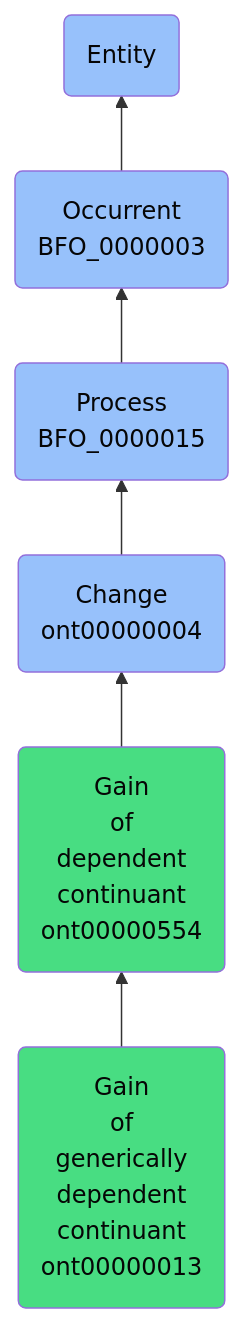
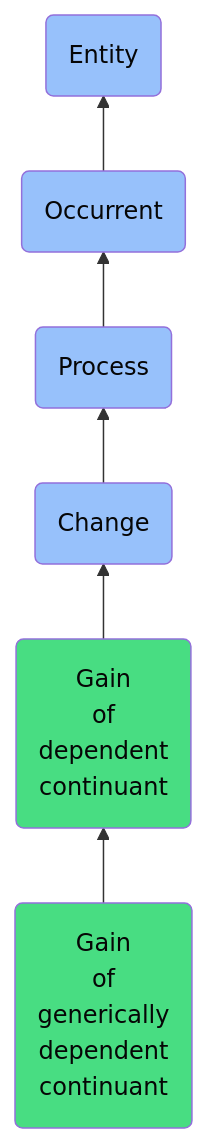
The diagram in docs/ontology/reference/model/Entity/Occurrent/Process/Change/Gain of dependent continuant/Gain of generically dependent continuant/Gain of generically dependent continuant.md (jupyter-naas/abi), drawn with Mermaid before and after one commit. The commit also changed other lines of this file and 1430 other files, not shown here.

````diff
--- a/docs/ontology/reference/model/Entity/Occurrent/Process/Change/Gain of dependent continuant/Gain of generically dependent continuant/Gain of generically dependent continuant.md
+++ b/docs/ontology/reference/model/Entity/Occurrent/Process/Change/Gain of dependent continuant/Gain of generically dependent continuant/Gain of generically dependent continuant.md
@@ -24,13 +24,13 @@
 ```mermaid
 graph BT
-    ont00000013(Gain<br>of<br>generically<br>dependent<br>continuant<br>ont00000013):::ABI-->ont00000554
-    ont00000554(Gain<br>of<br>dependent<br>continuant<br>ont00000554):::ABI-->ont00000004
-    ont00000004(Change<br>ont00000004):::BFO-->BFO_0000015
-    BFO_0000015(Process<br>BFO_0000015):::BFO-->BFO_0000003
-    BFO_0000003(Occurrent<br>BFO_0000003):::BFO-->BFO_0000001
+    ont00000013(Gain<br>of<br>generically<br>dependent<br>continuant):::ABI-->ont00000554
+    ont00000554(Gain<br>of<br>dependent<br>continuant):::ABI-->ont00000004
+    ont00000004(Change):::BFO-->BFO_0000015
+    BFO_0000015(Process):::BFO-->BFO_0000003
+    BFO_0000003(Occurrent):::BFO-->BFO_0000001
     BFO_0000001(Entity):::BFO
     
     classDef BFO fill:#97c1fb,color:#060606
     classDef CCO fill:#e4c51e,color:#060606
     classDef ABI fill:#48DD82,color:#060606
 ```
````
